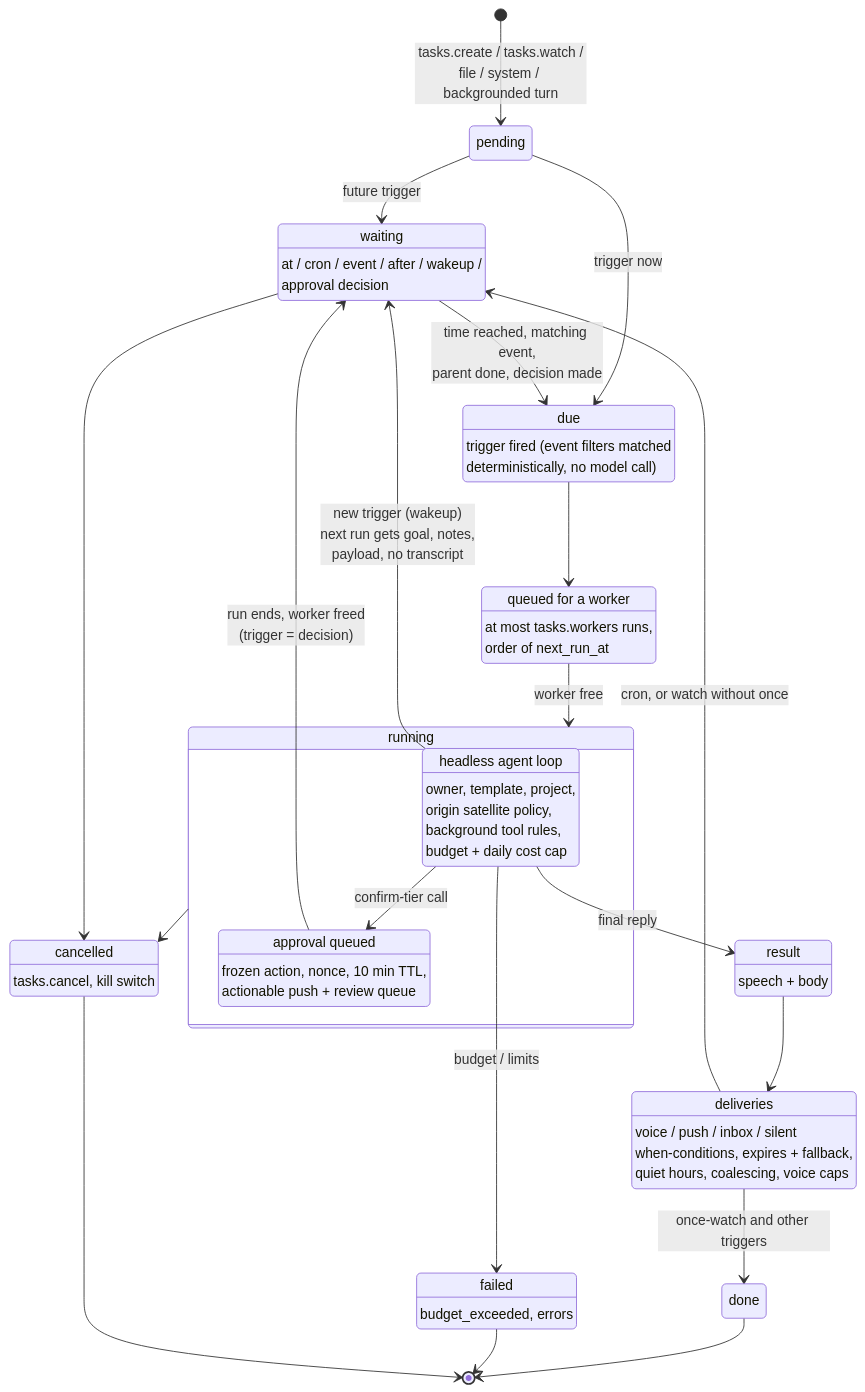
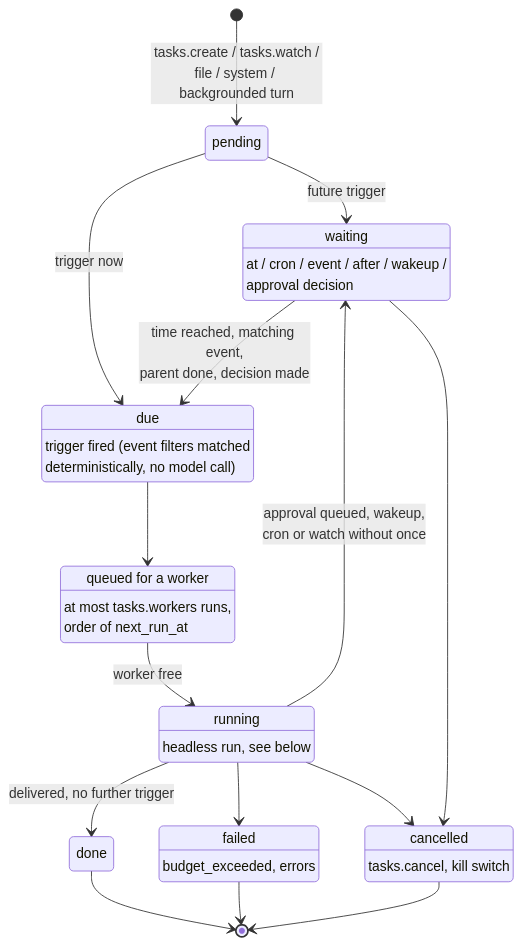
One commit to lGruenzweilHTL/marshal changed the diagram in docs/_diagrams/task-lifecycle.md. Above: the diagram before and after it, drawn with Mermaid. The commit also changed 85 other files, not shown here.

First line of the commit message:
docs: split diagrams, trim dev pages, use tabs and code groups

````diff
--- a/docs/_diagrams/task-lifecycle.md
+++ b/docs/_diagrams/task-lifecycle.md
@@ -1,48 +1,35 @@
 ```mermaid
+stateDiagram-v2
 %% Marshal: task lifecycle
-%% KEEP UP TO DATE: must match the task system, event bus, approval queue and task delivery (task-system, event-bus,
-%% approval-queue, task-delivery specs). Update it in the same change that alters them (see docs/diagrams/README.md).
-stateDiagram-v2
+%% KEEP UP TO DATE: must match the task system, event bus and approval queue (task-system, event-bus, approval-queue
+%% specs). Update it together with task-lifecycle.de.md in the same change (see docs/diagrams/README.md).
     state "pending" as Pending
     state "waiting" as Waiting
     Waiting: at / cron / event / after / wakeup /<br/>approval decision
     state "due" as Due
     Due: trigger fired (event filters matched<br/>deterministically, no model call)
     state "queued for a worker" as Queued
     Queued: at most tasks.workers runs,<br/>order of next_run_at
-    state "running" as Running {
-        state "headless agent loop" as Loop
-        Loop: owner, template, project,<br/>origin satellite policy,<br/>background tool rules,<br/>budget + daily cost cap
-        state "approval queued" as Approval
-        Approval: frozen action, nonce, 10 min TTL,<br/>actionable push + review queue
-        Loop --> Approval: confirm-tier call
-    }
-    state "result" as Result
-    Result: speech + body
-    state "deliveries" as Deliveries
-    Deliveries: voice / push / inbox / silent<br/>when-conditions, expires + fallback,<br/>quiet hours, coalescing, voice caps
+    state "running" as Running
+    Running: headless run, see below
     state "done" as Done
     state "failed" as Failed
     Failed: budget_exceeded, errors
     state "cancelled" as Cancelled
     Cancelled: tasks.cancel, kill switch
 
     [*] --> Pending: tasks.create / tasks.watch /<br/>file / system / backgrounded turn
     Pending --> Waiting: future trigger
     Pending --> Due: trigger now
     Waiting --> Due: time reached, matching event,<br/>parent done, decision made
     Due --> Queued
     Queued --> Running: worker free
-    Approval --> Waiting: run ends, worker freed<br/>(trigger = decision)
-    Loop --> Waiting: new trigger (wakeup)<br/>next run gets goal, notes,<br/>payload, no transcript
-    Loop --> Result: final reply
-    Loop --> Failed: budget / limits
-    Result --> Deliveries
-    Deliveries --> Waiting: cron, or watch without once
-    Deliveries --> Done: once-watch and other triggers
+    Running --> Waiting: approval queued, wakeup,<br/>cron or watch without once
+    Running --> Done: delivered, no further trigger
+    Running --> Failed
     Running --> Cancelled
     Waiting --> Cancelled
     Done --> [*]
     Failed --> [*]
     Cancelled --> [*]
 ```
````
